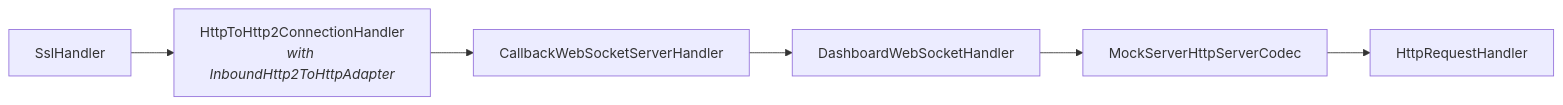
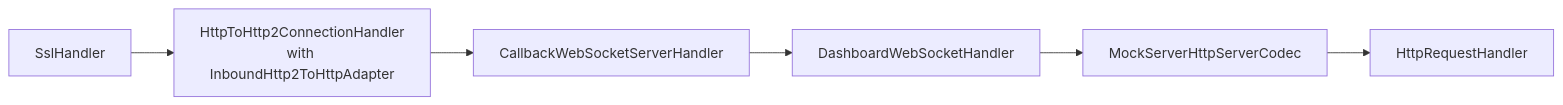
Before and after one commit to mock-server/mockserver: the fourth of 11 diagrams in docs/code/netty-pipeline.md, drawn with Mermaid. The commit also changed other lines of this file and 21 other files, not shown here.

First line of the commit message:
fix(docs): remove HTML tags from Mermaid diagrams to fix GitHub rendering

````diff
--- a/docs/code/netty-pipeline.md
+++ b/docs/code/netty-pipeline.md
@@ -118,8 +133,9 @@
 ```mermaid
 graph LR
-    SSL[SslHandler] --> H2C[HttpToHttp2ConnectionHandler<br/><i>with InboundHttp2ToHttpAdapter</i>]
+    SSL[SslHandler] --> H2C["HttpToHttp2ConnectionHandler
+with InboundHttp2ToHttpAdapter"]
     H2C --> F[CallbackWebSocketServerHandler]
     F --> G[DashboardWebSocketHandler]
     G --> H[MockServerHttpServerCodec]
     H --> I[HttpRequestHandler]
 ```
````
